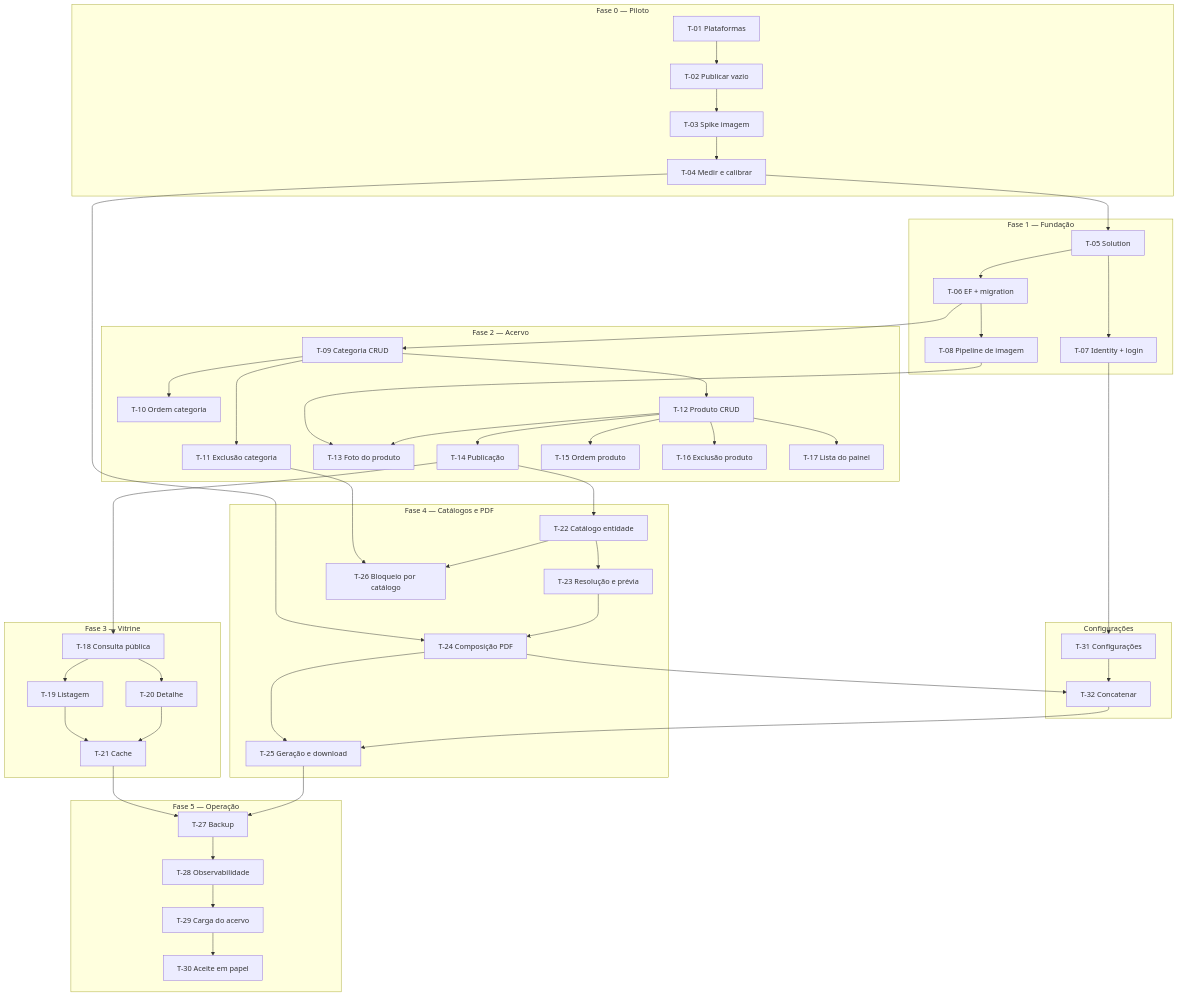
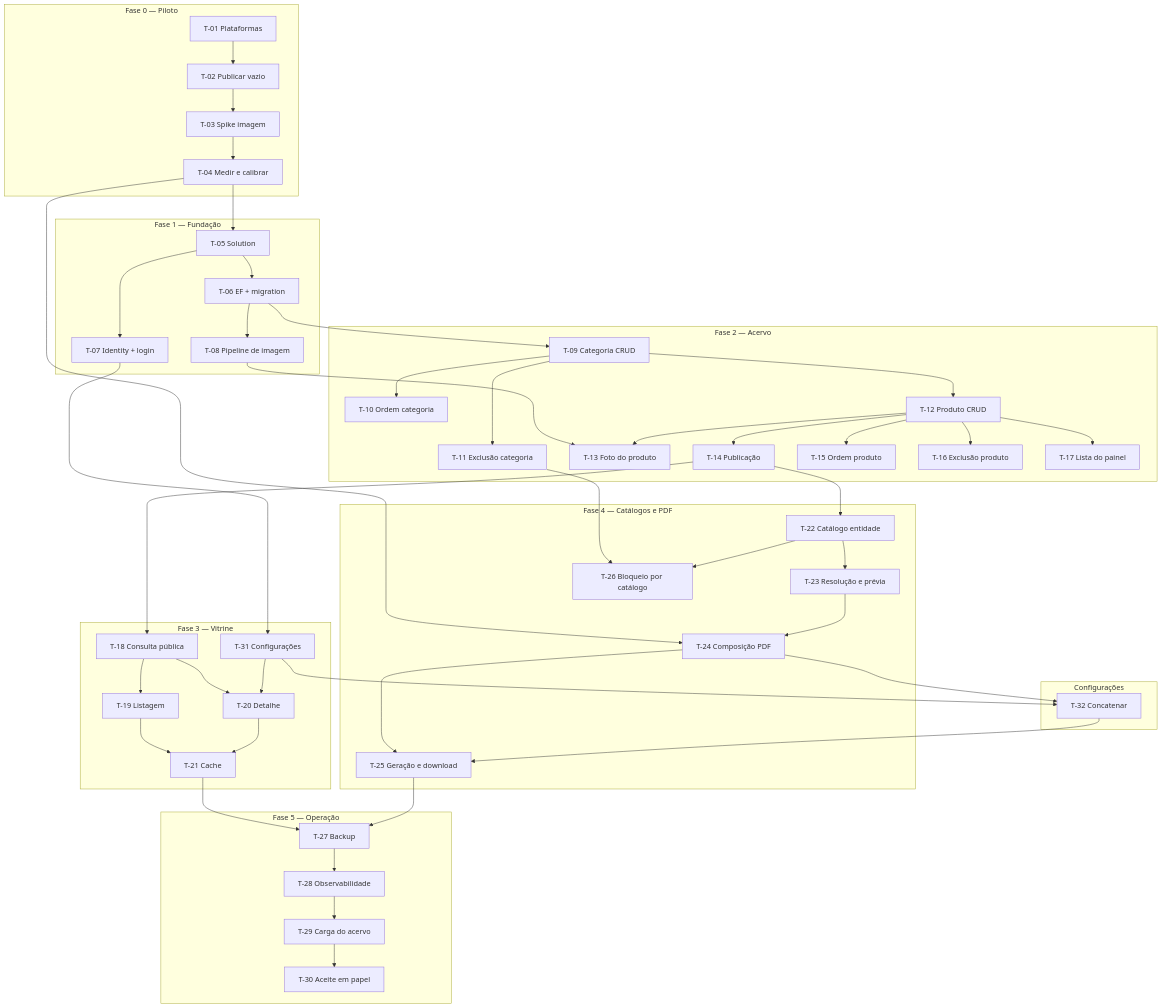
The diagram in docs/plans/PLAN-001-catalogo-virtual.md (Alexsir-Wolf/catalogo-virtual), drawn with Mermaid before and after one commit. The commit also changed other lines of this file and 3 other files, not shown here.

````diff
--- a/docs/plans/PLAN-001-catalogo-virtual.md
+++ b/docs/plans/PLAN-001-catalogo-virtual.md
@@ -75,61 +75,62 @@
 ```mermaid
 graph TD
     subgraph F0["Fase 0 — Piloto"]
         T01[T-01 Plataformas] --> T02[T-02 Publicar vazio]
         T02 --> T03[T-03 Spike imagem]
         T03 --> T04[T-04 Medir e calibrar]
     end
 
     subgraph F1["Fase 1 — Fundação"]
         T04 --> T05[T-05 Solution]
         T05 --> T06[T-06 EF + migration]
         T05 --> T07[T-07 Identity + login]
         T06 --> T08[T-08 Pipeline de imagem]
     end
 
     subgraph F2["Fase 2 — Acervo"]
         T06 --> T09[T-09 Categoria CRUD]
         T09 --> T10[T-10 Ordem categoria]
         T09 --> T11[T-11 Exclusão categoria]
         T09 --> T12[T-12 Produto CRUD]
         T08 --> T13[T-13 Foto do produto]
         T12 --> T13
         T12 --> T14[T-14 Publicação]
         T12 --> T15[T-15 Ordem produto]
         T12 --> T16[T-16 Exclusão produto]
         T12 --> T17[T-17 Lista do painel]
     end
 
     subgraph F3["Fase 3 — Vitrine"]
         T14 --> T18[T-18 Consulta pública]
         T18 --> T19[T-19 Listagem]
         T18 --> T20[T-20 Detalhe]
+        T31 --> T20
         T19 --> T21[T-21 Cache]
         T20 --> T21
     end
 
     subgraph F4["Fase 4 — Catálogos e PDF"]
         T14 --> T22[T-22 Catálogo entidade]
         T22 --> T23[T-23 Resolução e prévia]
         T04 --> T24[T-24 Composição PDF]
         T23 --> T24
         T24 --> T25[T-25 Geração e download]
         T11 --> T26[T-26 Bloqueio por catálogo]
         T22 --> T26
     end
 
     subgraph F4b["Configurações"]
         T07 --> T31[T-31 Configurações]
         T31 --> T32[T-32 Concatenar]
         T24 --> T32
         T32 --> T25
     end
 
     subgraph F5["Fase 5 — Operação"]
         T21 --> T27[T-27 Backup]
         T25 --> T27
         T27 --> T28[T-28 Observabilidade]
         T28 --> T29[T-29 Carga do acervo]
         T29 --> T30[T-30 Aceite em papel]
     end
 ```
````
